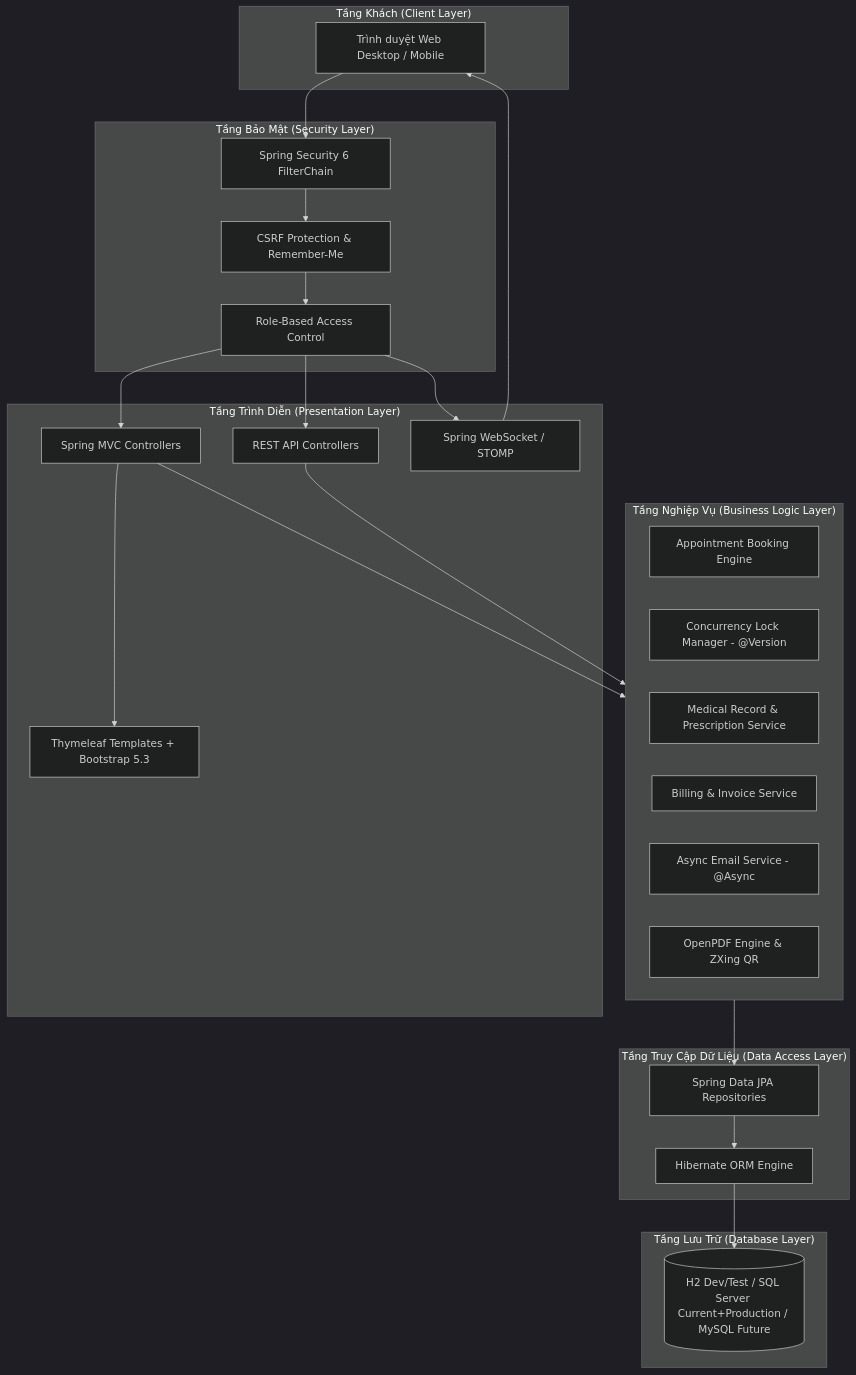
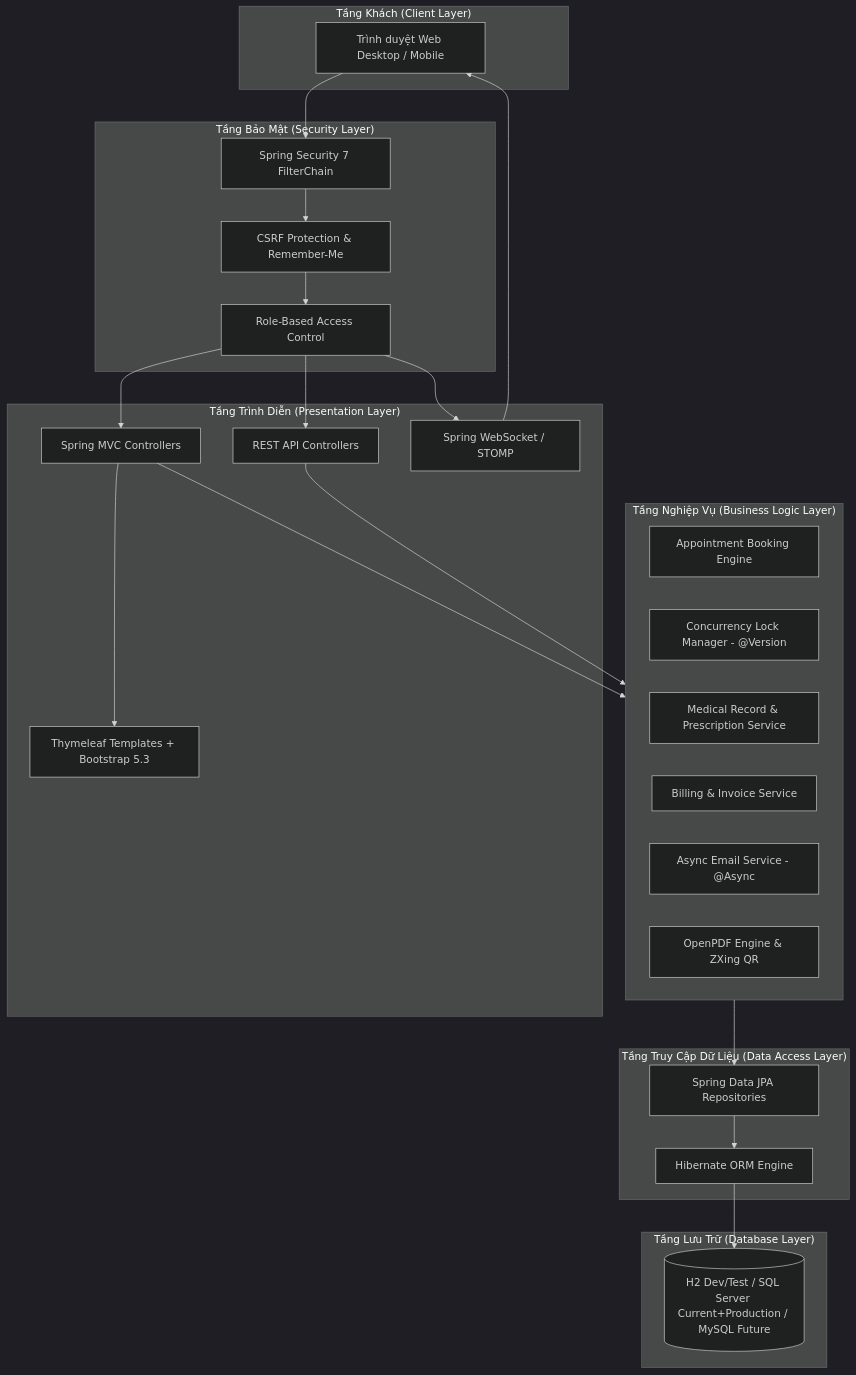
Before and after one commit to tranducanhyn99-prog/medclinic-system: the diagram in docs/05_SYSTEM_ARCHITECTURE.md, drawn with Mermaid (dark theme). The commit also changed other lines of this file and 253 other files, not shown here.

````diff
--- a/docs/05_SYSTEM_ARCHITECTURE.md
+++ b/docs/05_SYSTEM_ARCHITECTURE.md
@@ -12,51 +12,51 @@
 ```mermaid
 graph TD
     subgraph Client ["Tầng Khách (Client Layer)"]
         Browser[Trình duyệt Web Desktop / Mobile]
     end
 
     subgraph Security ["Tầng Bảo Mật (Security Layer)"]
-        Filter[Spring Security 6 FilterChain]
+        Filter[Spring Security 7 FilterChain]
         CSRF[CSRF Protection & Remember-Me]
         RBAC[Role-Based Access Control]
     end
 
     subgraph Web ["Tầng Trình Diễn (Presentation Layer)"]
         Ctrl[Spring MVC Controllers]
         RestCtrl[REST API Controllers]
         Realtime[Spring WebSocket / STOMP]
         Views[Thymeleaf Templates + Bootstrap 5.3]
     end
 
     subgraph Service ["Tầng Nghiệp Vụ (Business Logic Layer)"]
         AppSvc[Appointment Booking Engine]
         LockMgr[Concurrency Lock Manager - @Version]
         MedSvc[Medical Record & Prescription Service]
         InvSvc[Billing & Invoice Service]
         MailSvc[Async Email Service - @Async]
         PdfSvc[OpenPDF Engine & ZXing QR]
     end
 
     subgraph Data ["Tầng Truy Cập Dữ Liệu (Data Access Layer)"]
         JPA[Spring Data JPA Repositories]
         Hibernate[Hibernate ORM Engine]
     end
 
     subgraph Storage ["Tầng Lưu Trữ (Database Layer)"]
         DB[(H2 Dev/Test / SQL Server Current+Production / MySQL Future)]
     end
 
     Browser --> Filter
     Filter --> CSRF
     CSRF --> RBAC
     RBAC --> Ctrl
     RBAC --> RestCtrl
     RBAC --> Realtime
     Realtime --> Browser
     Ctrl --> Views
     Ctrl --> Service
     RestCtrl --> Service
     Service --> JPA
     JPA --> Hibernate
     Hibernate --> DB
 ```
````
